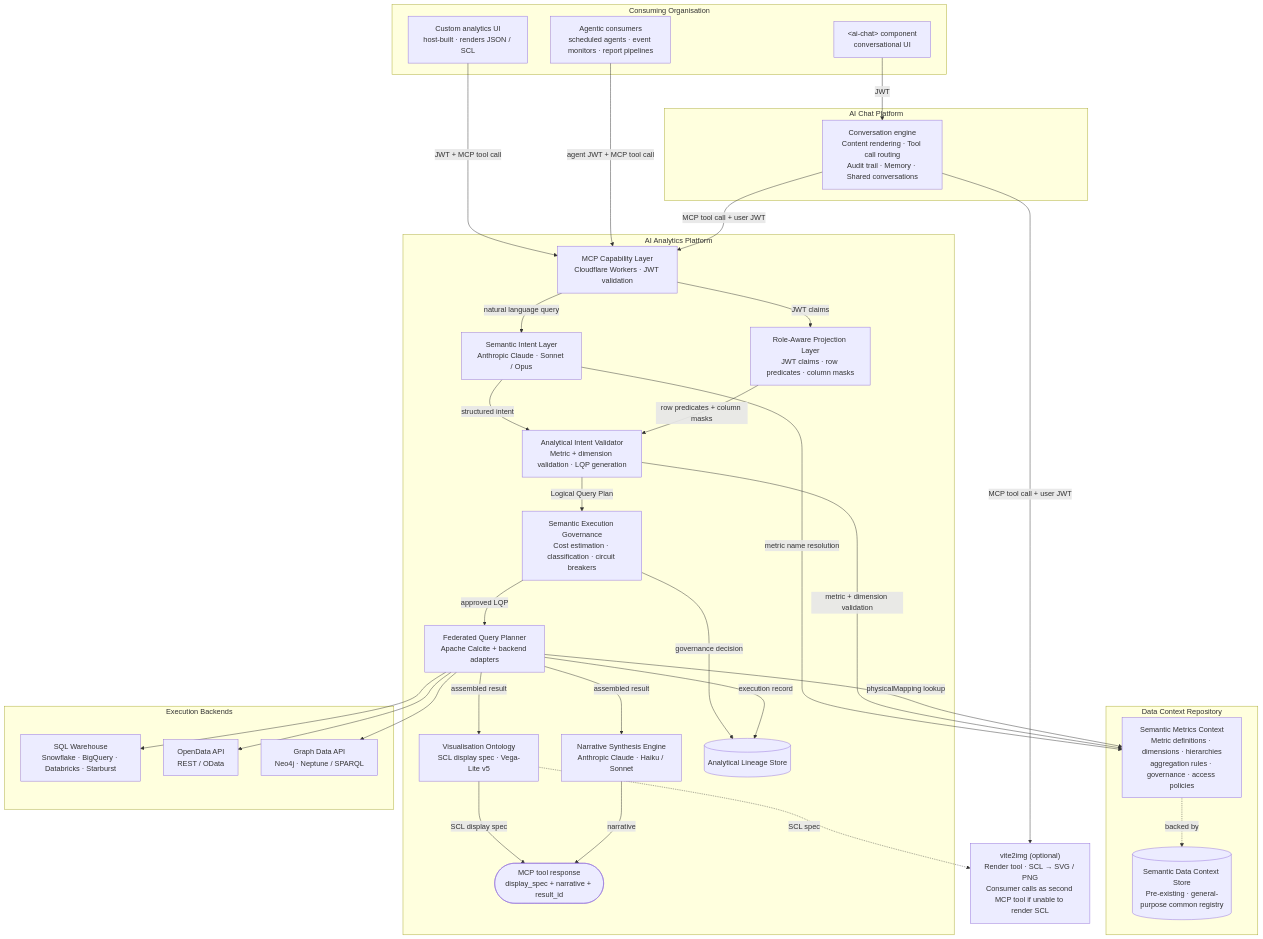
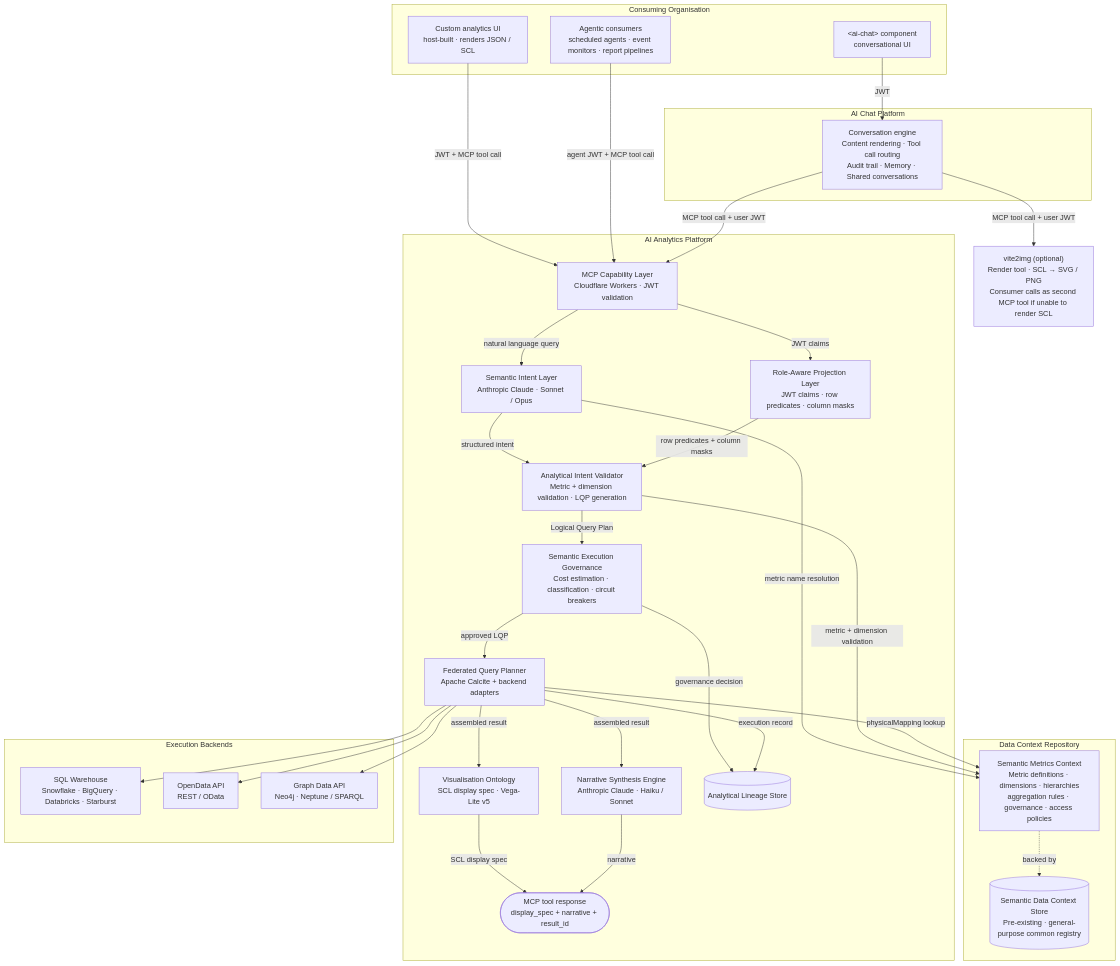
Before and after one commit to M-A-Operating-System/shared-work: the second of 2 diagrams in docs/product/analytics/00-overview.md, drawn with Mermaid.

Commit message:
Update overview of analytics execution paths
Clarified the execution path and governance of analytical requests.

````diff
--- a/docs/product/analytics/00-overview.md
+++ b/docs/product/analytics/00-overview.md
@@ -311,62 +311,61 @@
 ```mermaid
 flowchart TD
     subgraph org["Consuming Organisation"]
         ChatComp["&lt;ai-chat&gt; component\nconversational UI"]
         CustomUI["Custom analytics UI\nhost-built · renders JSON / SCL"]
         Agents["Agentic consumers\nscheduled agents · event monitors · report pipelines"]
     end
 
     subgraph aichat["AI Chat Platform"]
         ChatEngine["Conversation engine\nContent rendering · Tool call routing\nAudit trail · Memory · Shared conversations"]
     end
 
     subgraph analytics["AI Analytics Platform"]
         MCP["MCP Capability Layer\nCloudflare Workers · JWT validation"]
         SIL["Semantic Intent Layer\nAnthropic Claude · Sonnet / Opus"]
         RAPL["Role-Aware Projection Layer\nJWT claims · row predicates · column masks"]
         AIV["Analytical Intent Validator\nMetric + dimension validation · LQP generation"]
         SEG["Semantic Execution Governance\nCost estimation · classification · circuit breakers"]
         FQP["Federated Query Planner\nApache Calcite + backend adapters"]
         VO["Visualisation Ontology\nSCL display spec · Vega-Lite v5"]
         NSE["Narrative Synthesis Engine\nAnthropic Claude · Haiku / Sonnet"]
         LS[("Analytical Lineage Store")]
         Result(["MCP tool response\ndisplay_spec + narrative + result_id"])
     end
 
     vite2img["vite2img (optional)\nRender tool · SCL → SVG / PNG\nConsumer calls as second MCP tool if unable to render SCL"]
 
     subgraph dcr["Data Context Repository"]
         SMC["Semantic Metrics Context\nMetric definitions · dimensions · hierarchies\naggregation rules · governance · access policies"]
         DCS[("Semantic Data Context Store\nPre-existing · general-purpose common registry")]
         SMC -. backed by .-> DCS
     end
 
     subgraph backends["Execution Backends"]
         SQL["SQL Warehouse\nSnowflake · BigQuery · Databricks · Starburst"]
         ODA["OpenData API\nREST / OData"]
         GDA["Graph Data API\nNeo4j · Neptune / SPARQL"]
     end
 
     ChatComp -->|"JWT"| ChatEngine
     CustomUI -->|"JWT + MCP tool call"| MCP
     Agents -->|"agent JWT + MCP tool call"| MCP
     ChatEngine -->|"MCP tool call + user JWT"| MCP
     ChatEngine -->|"MCP tool call + user JWT"| vite2img
     MCP -->|"natural language query"| SIL
     MCP -->|"JWT claims"| RAPL
     SIL -->|"metric name resolution"| SMC
     SIL -->|"structured intent"| AIV
     RAPL -->|"row predicates + column masks"| AIV
     AIV -->|"metric + dimension validation"| SMC
     AIV -->|"Logical Query Plan"| SEG
     SEG -->|"approved LQP"| FQP
     SEG -->|"governance decision"| LS
     FQP -->|"physicalMapping lookup"| SMC
     FQP --> SQL & ODA & GDA
     FQP -->|"execution record"| LS
     FQP -->|"assembled result"| VO
     FQP -->|"assembled result"| NSE
     VO -->|"SCL display spec"| Result
     NSE -->|"narrative"| Result
-    VO -. "SCL spec" .-> vite2img
 ```
````
